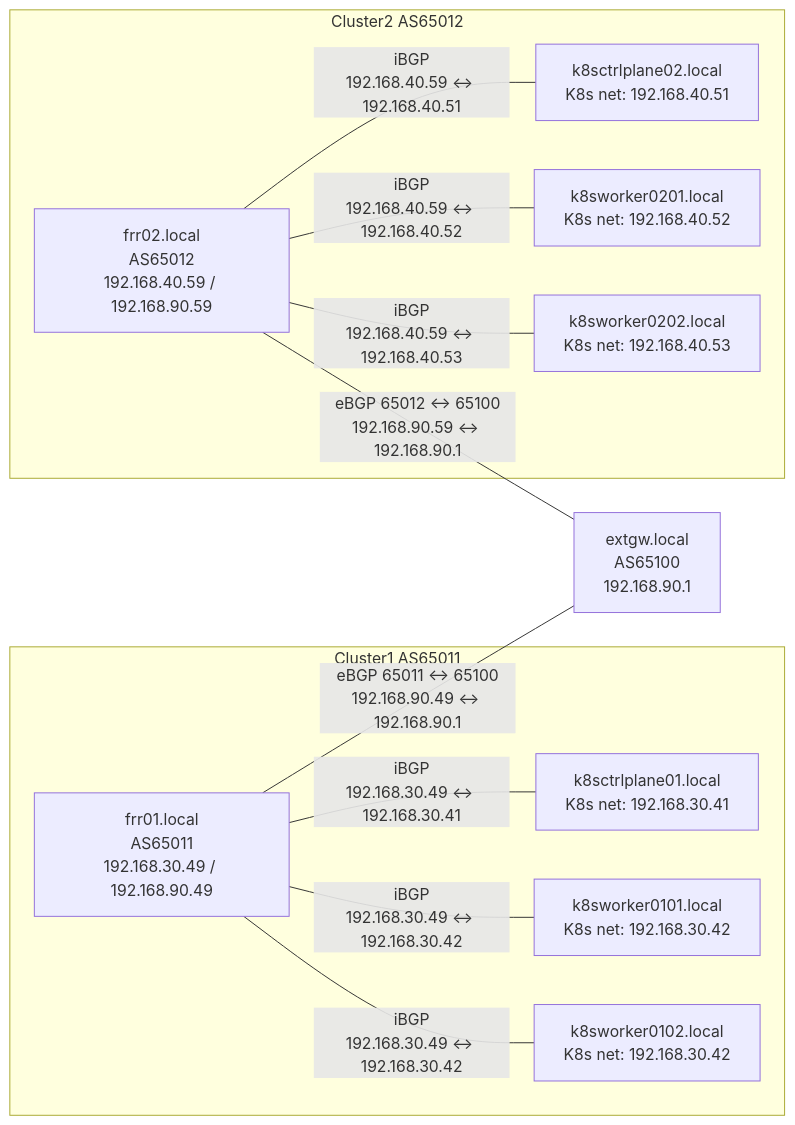
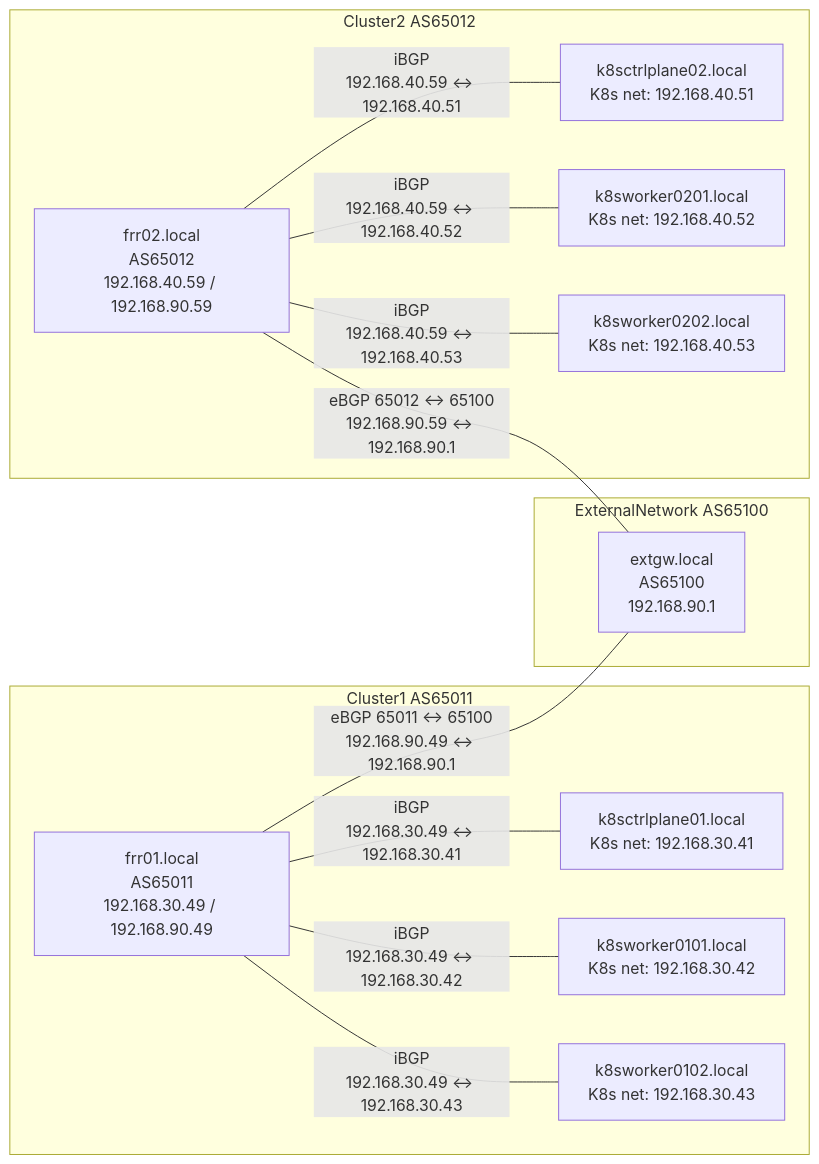
The diagram in Readme.md (takeharukato/ansible-linux-setup), drawn with Mermaid before and after one commit.

Commit message:
修正概要: 図版の誤りを修正

````diff
--- a/Readme.md
+++ b/Readme.md
@@ -552,27 +552,29 @@
 ```mermaid
 flowchart LR
   subgraph C1 [Cluster1 AS65011]
     CP1[k8sctrlplane01.local<br/>K8s net: 192.168.30.41]
     W101[k8sworker0101.local<br/>K8s net: 192.168.30.42]
-    W102[k8sworker0102.local<br/>K8s net: 192.168.30.42]
+    W102[k8sworker0102.local<br/>K8s net: 192.168.30.43]
     FRR01[frr01.local<br/>AS65011<br/>192.168.30.49 / 192.168.90.49]
+  end
+
+  subgraph EXTNET [ExternalNetwork AS65100]
+  EXT[extgw.local<br/>AS65100<br/>192.168.90.1]
   end
 
   subgraph C2 [Cluster2 AS65012]
     CP2[k8sctrlplane02.local<br/>K8s net: 192.168.40.51]
     W201[k8sworker0201.local<br/>K8s net: 192.168.40.52]
     W202[k8sworker0202.local<br/>K8s net: 192.168.40.53]
     FRR02[frr02.local<br/>AS65012<br/>192.168.40.59 / 192.168.90.59]
   end
 
-  EXT[extgw.local<br/>AS65100<br/>192.168.90.1]
-
   FRR01 ---|"iBGP<br/>192.168.30.49 <-> 192.168.30.41"| CP1
   FRR01 ---|"iBGP<br/>192.168.30.49 <-> 192.168.30.42"| W101
-  FRR01 ---|"iBGP<br/>192.168.30.49 <-> 192.168.30.42"| W102
+  FRR01 ---|"iBGP<br/>192.168.30.49 <-> 192.168.30.43"| W102
   FRR02 ---|"iBGP<br/>192.168.40.59 <-> 192.168.40.51"| CP2
   FRR02 ---|"iBGP<br/>192.168.40.59 <-> 192.168.40.52"| W201
   FRR02 ---|"iBGP<br/>192.168.40.59 <-> 192.168.40.53"| W202
   FRR01 ---|"eBGP 65011 <-> 65100<br/>192.168.90.49 <-> 192.168.90.1"| EXT
   FRR02 ---|"eBGP 65012 <-> 65100<br/>192.168.90.59 <-> 192.168.90.1"| EXT
 ```
````
